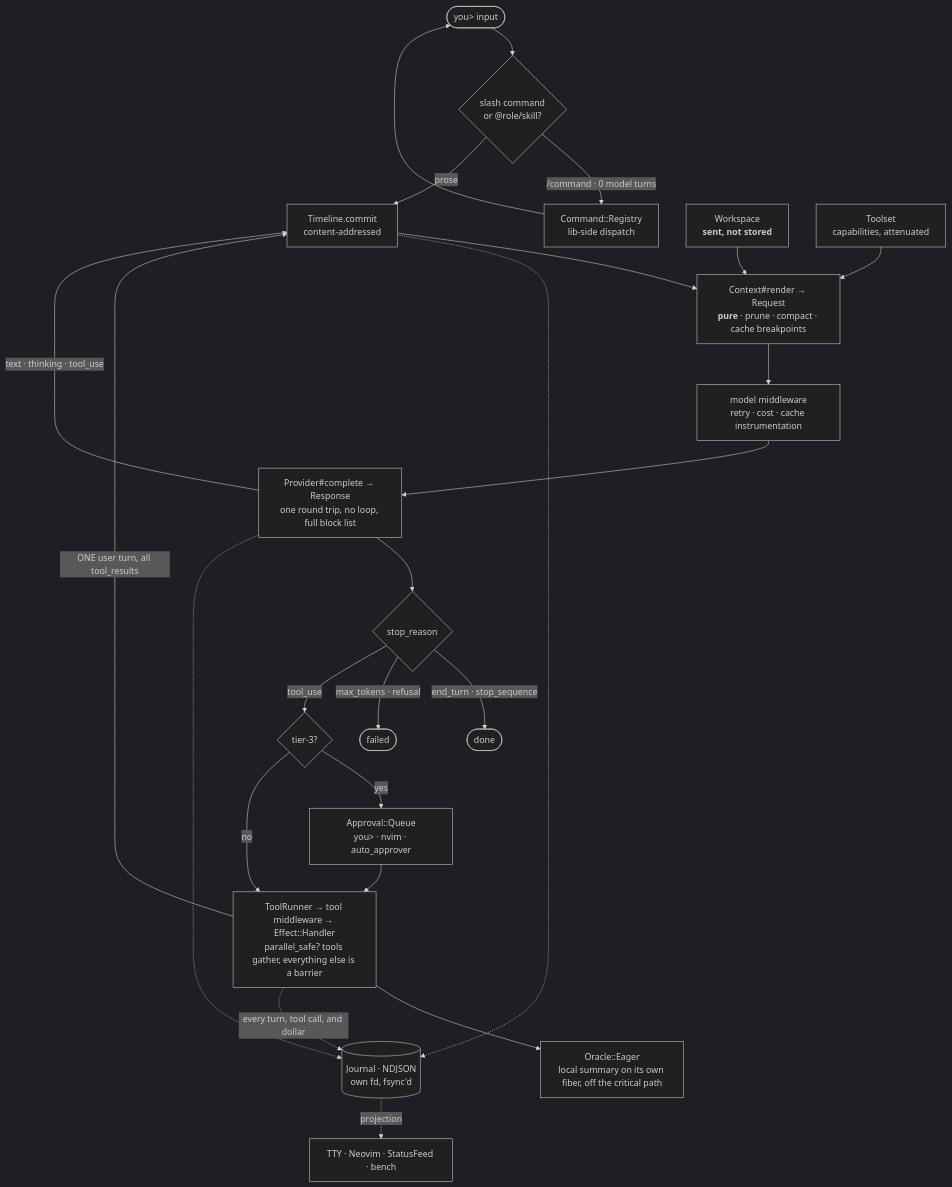
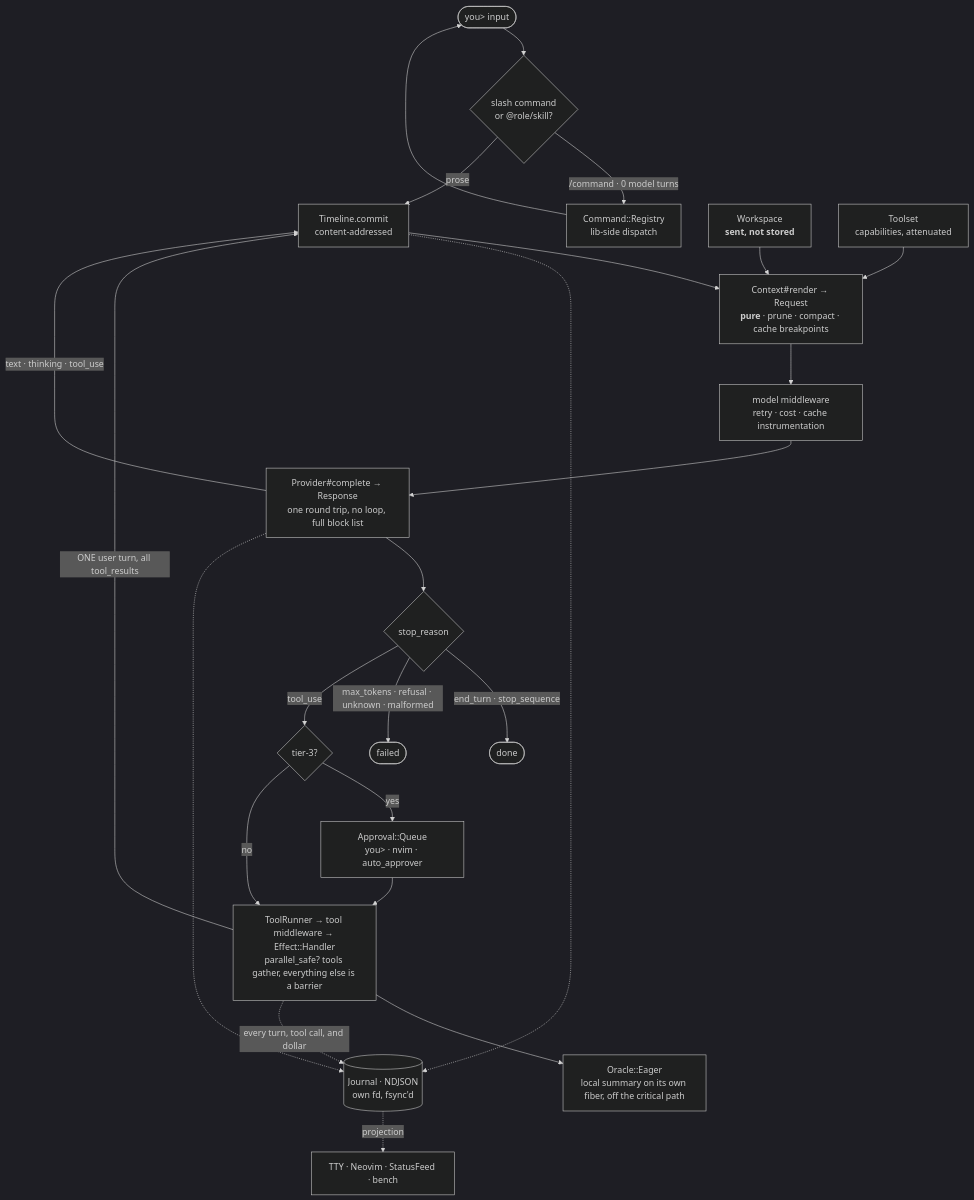
Before and after one commit to liaden/lain: the diagram in README.md, drawn with Mermaid (dark theme). The commit also changed 14 other files, not shown here.

First line of the commit message:
agent: fail a turn whose only output was a malformed tool call

````diff
--- a/README.md
+++ b/README.md
@@ -129,27 +129,27 @@
 ```mermaid
 flowchart TB
   IN(["you&gt; input"]) --> DISP{"slash command<br/>or @role/skill?"}
   DISP -->|"/command · 0 model turns"| CMD["Command::Registry<br/>lib-side dispatch"] --> IN
   DISP -->|prose| TL
 
   TL["Timeline.commit<br/>content-addressed"] --> CTX
   WS["Workspace<br/><b>sent, not stored</b>"] --> CTX
   TS["Toolset<br/>capabilities, attenuated"] --> CTX
   CTX["Context#render → Request<br/><b>pure</b> · prune · compact · cache breakpoints"] --> MW
   MW["model middleware<br/>retry · cost · cache instrumentation"] --> P
   P["Provider#complete → Response<br/>one round trip, no loop, full block list"] --> SR{"stop_reason"}
   P -->|"text · thinking · tool_use"| TL
 
   SR -->|"end_turn · stop_sequence"| DONE([done])
-  SR -->|"max_tokens · refusal"| FAIL([failed])
+  SR -->|"max_tokens · refusal · unknown · malformed"| FAIL([failed])
   SR -->|tool_use| GATE{"tier-3?"}
   GATE -->|yes| APR["Approval::Queue<br/>you&gt; · nvim · auto_approver"] --> EXEC
   GATE -->|no| EXEC["ToolRunner → tool middleware → Effect::Handler<br/>parallel_safe? tools gather, everything else is a barrier"]
   EXEC -->|"ONE user turn, all tool_results"| TL
   EXEC --> SUM["Oracle::Eager<br/>local summary on its own fiber, off the critical path"]
 
   TL -.-> J
   P -.-> J
   EXEC -.->|every turn, tool call, and dollar| J[("Journal · NDJSON<br/>own fd, fsync'd")]
   J -.->|projection| UI["TTY · Neovim · StatusFeed · bench"]
 ```
````
